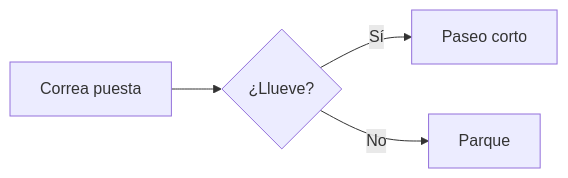
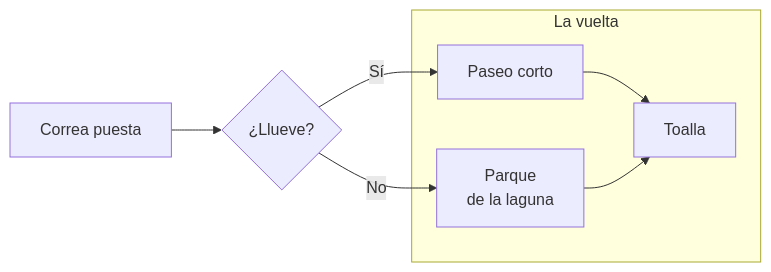
Before and after one commit to rgdevment/Tisty: the first of 15 diagrams in app/src-tauri/resources/guide/es/muestra.md, drawn with Mermaid. The commit also changed other lines of this file and 10 other files, not shown here.

````diff
--- a/app/src-tauri/resources/guide/es/muestra.md
+++ b/app/src-tauri/resources/guide/es/muestra.md
@@ -121,6 +500,10 @@
 ```mermaid
 flowchart LR
   A[Correa puesta] --> B{¿Llueve?}
   B -- Sí --> C[Paseo corto]
-  B -- No --> D[Parque]
+  B -- No --> D[Parque<br/>de la laguna]
+  subgraph vuelta [La vuelta]
+    C --> E[Toalla]
+    D --> E
+  end
 ```
````
